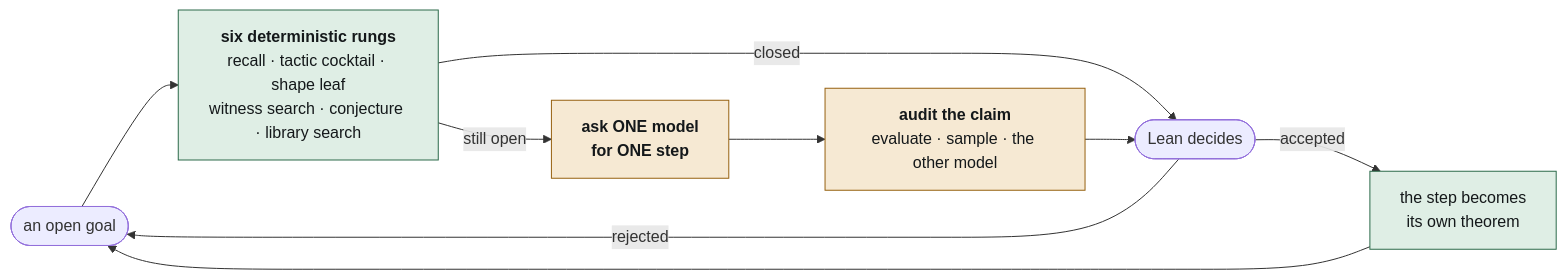
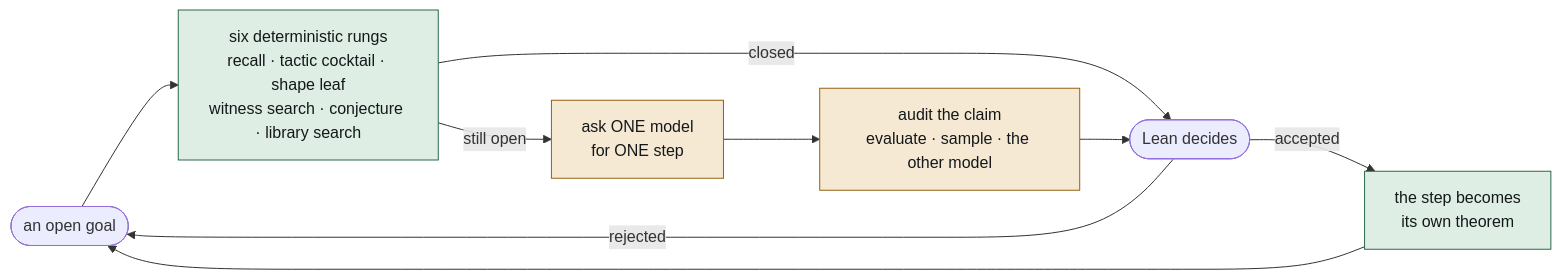
The diagram in README.md (sunnyadn/re-takehome), drawn with Mermaid before and after one commit. The commit also changed other lines of this file and 1 other file, not shown here.

Commit message:
The README's number line says what was actually done: all 16 proved and accepted by the Comparator, median 31 s, 13 of 16 under a minute. The model-reply counts stay in docs/ARCHITECTURE.md as measurement rather than a claim, and the mermaid labels drop the b and i tags that GitHub's renderer does not promise

````diff
--- a/README.md
+++ b/README.md
@@ -8,16 +8,16 @@
 ```mermaid
 flowchart LR
-    G(["an open goal"]) --> FREE["<b>six deterministic rungs</b><br/>recall · tactic cocktail · shape leaf<br/>witness search · conjecture · library search"]
+    G(["an open goal"]) --> FREE["six deterministic rungs<br/>recall · tactic cocktail · shape leaf<br/>witness search · conjecture · library search"]
     FREE -- closed --> LEAN(["Lean decides"])
-    FREE -- "still open" --> M["<b>ask ONE model<br/>for ONE step</b>"]
-    M --> AUDIT["<b>audit the claim</b><br/>evaluate · sample · the other model"]
+    FREE -- "still open" --> M["ask ONE model<br/>for ONE step"]
+    M --> AUDIT["audit the claim<br/>evaluate · sample · the other model"]
     AUDIT --> LEAN
     LEAN -- rejected --> G
     LEAN -- accepted --> CELL["the step becomes<br/>its own theorem"]
     CELL --> G
 
     classDef free fill:#dfeee5,stroke:#2c6a4a,color:#14181a
     classDef paid fill:#f6e9d3,stroke:#96600f,color:#14181a
     class FREE,CELL free
     class M,AUDIT paid
 ```
````
